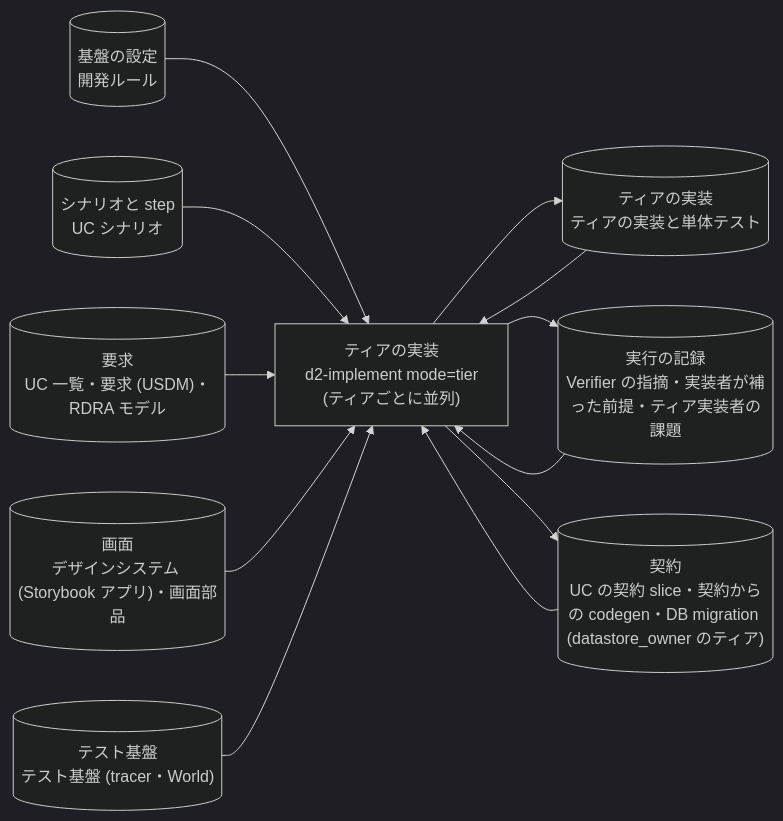
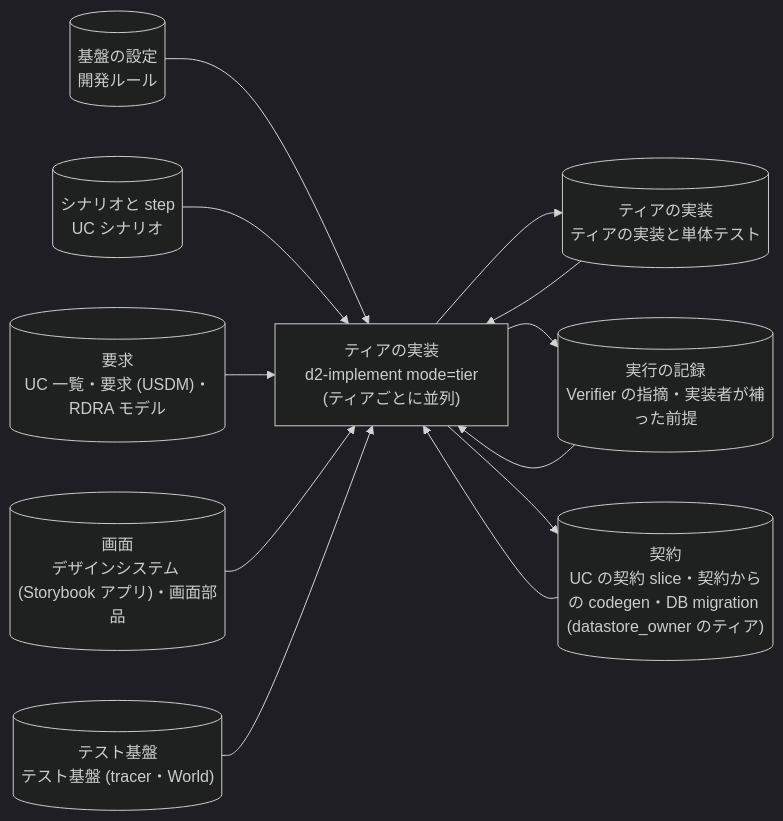
Diagram 24 of 53 in plugins/distillery2/skills/d2-common/references/dataflow.md (suwa-sh/suwa-sh-claude-plugins), drawn with Mermaid (dark theme) before and after one commit. The commit also changed other lines of this file and 19 other files, not shown here.

````diff
--- a/plugins/distillery2/skills/d2-common/references/dataflow.md
+++ b/plugins/distillery2/skills/d2-common/references/dataflow.md
@@ -614,23 +636,23 @@
 ```mermaid
 flowchart LR
   p_implement_tier["ティアの実装<br/>d2-implement mode=tier<br/>(ティアごとに並列)"]
   g_settings[("基盤の設定<br/>開発ルール")]
   g_scenarios[("シナリオと step<br/>UC シナリオ")]
   g_contracts[("契約<br/>UC の契約 slice・契約からの codegen・DB migration (datastore_owner のティア)")]
   g_requirements[("要求<br/>UC 一覧・要求 (USDM)・RDRA モデル")]
   g_design[("画面<br/>デザインシステム (Storybook アプリ)・画面部品")]
   g_code[("ティアの実装<br/>ティアの実装と単体テスト")]
   g_test_infra[("テスト基盤<br/>テスト基盤 (tracer・World)")]
-  g_run[("実行の記録<br/>Verifier の指摘・実装者が補った前提・ティア実装者の課題")]
+  g_run[("実行の記録<br/>Verifier の指摘・実装者が補った前提")]
   g_settings --> p_implement_tier
   g_scenarios --> p_implement_tier
   g_contracts --> p_implement_tier
   g_requirements --> p_implement_tier
   g_design --> p_implement_tier
   g_code --> p_implement_tier
   g_test_infra --> p_implement_tier
   g_run --> p_implement_tier
   p_implement_tier --> g_code
   p_implement_tier --> g_run
   p_implement_tier --> g_contracts
 ```
````
